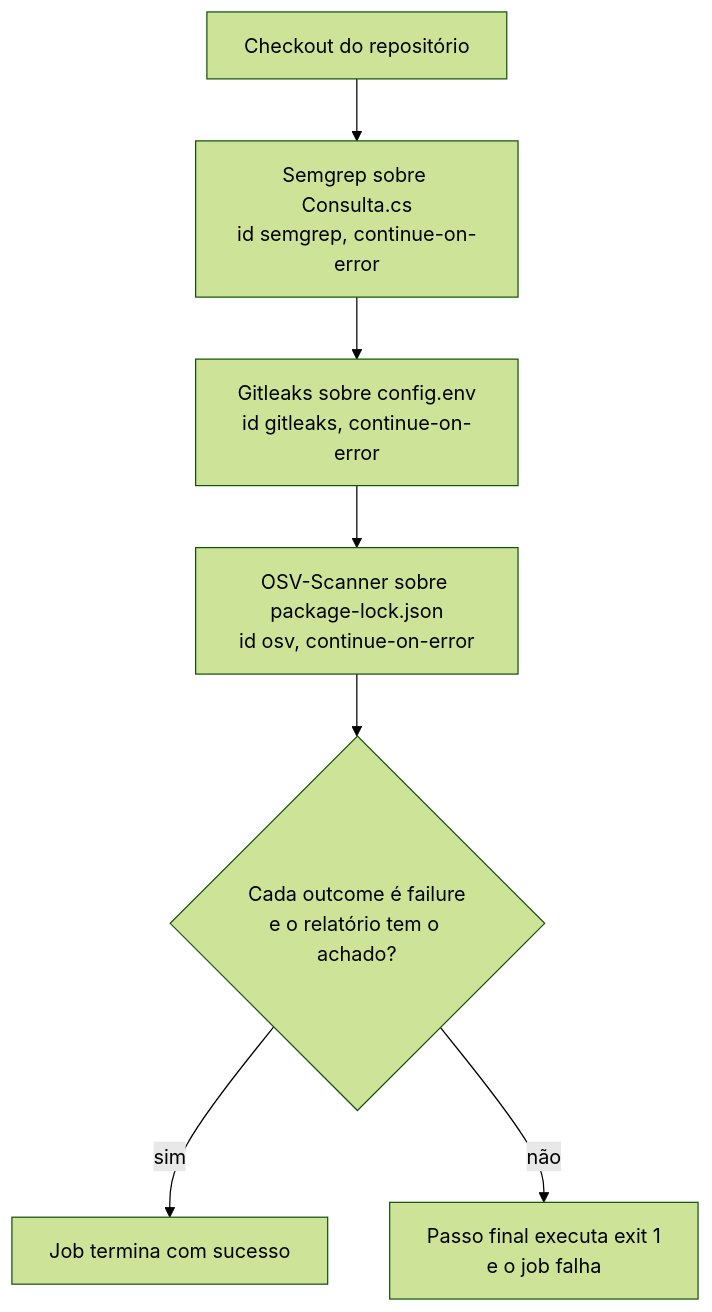
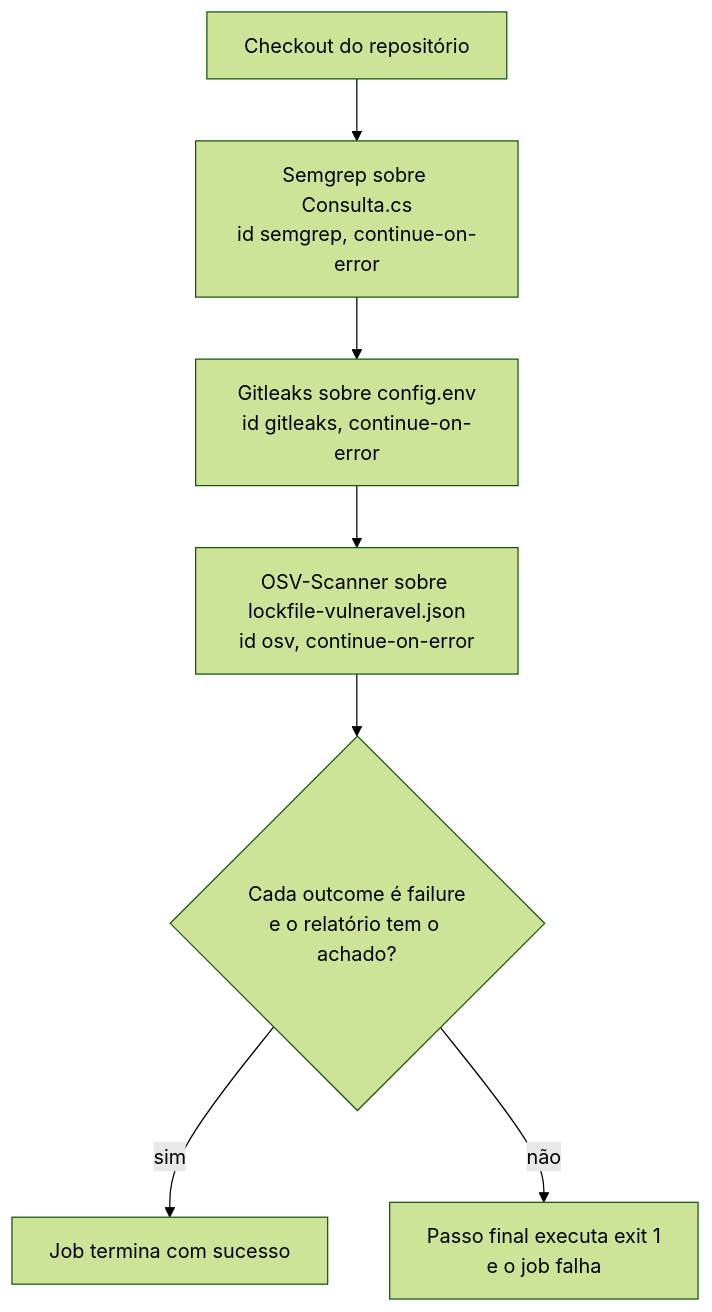
One commit to arkhibr/devops-fluxos-c3dm changed the diagram in cenarios/06-seguranca-estatica/README.md. Above: the diagram before and after it, drawn with Mermaid (forest theme). The commit also changed other lines of this file and 5 other files, not shown here.

````diff
--- a/cenarios/06-seguranca-estatica/README.md
+++ b/cenarios/06-seguranca-estatica/README.md
@@ -29,9 +29,9 @@
 ```mermaid
 flowchart TB
     A["Checkout do repositório"] --> B["Semgrep sobre Consulta.cs<br/>id semgrep, continue-on-error"]
     B --> C["Gitleaks sobre config.env<br/>id gitleaks, continue-on-error"]
-    C --> D["OSV-Scanner sobre package-lock.json<br/>id osv, continue-on-error"]
+    C --> D["OSV-Scanner sobre lockfile-vulneravel.json<br/>id osv, continue-on-error"]
     D --> E{"Cada outcome é failure<br/>e o relatório tem o achado?"}
     E -- "sim" --> F["Job termina com sucesso"]
     E -- "não" --> G["Passo final executa exit 1<br/>e o job falha"]
 ```
````
